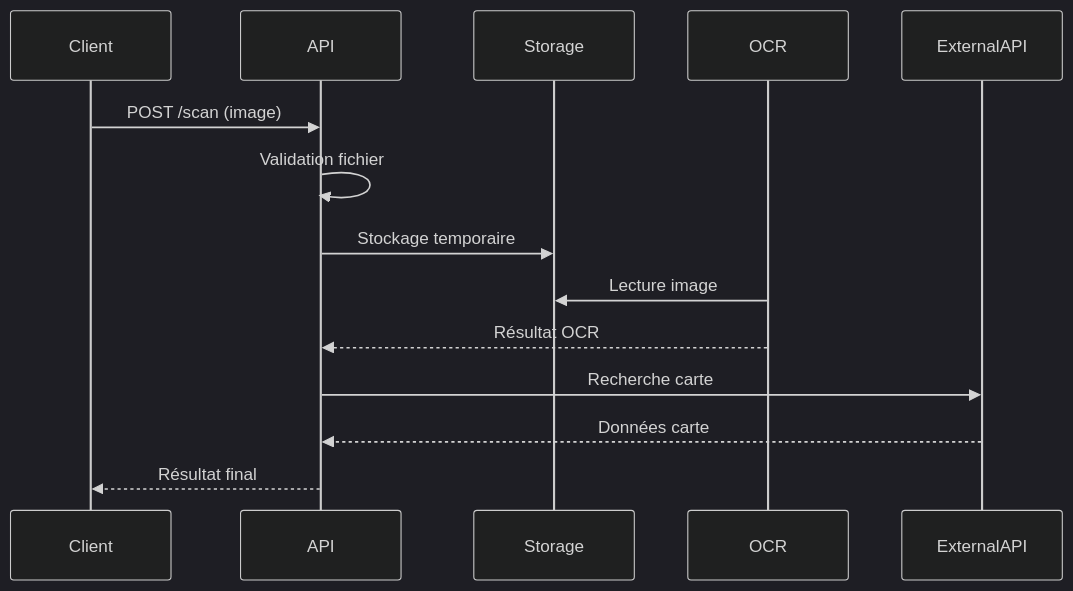
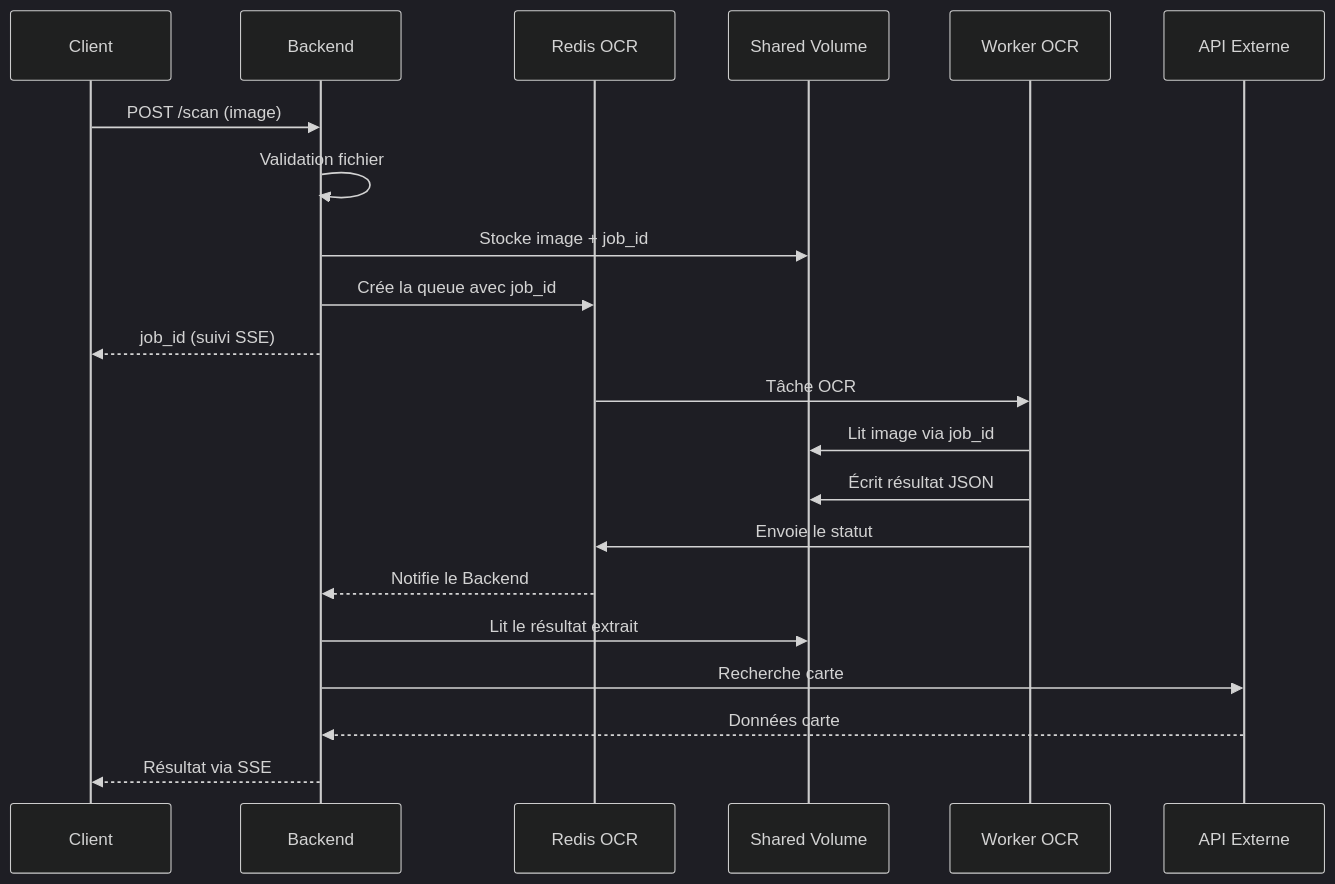
Before and after one commit to Collectionr/collectionr_epitech: the third of 4 diagrams in docs/architecture/03-flux-techniques-plateforme.md, drawn with Mermaid (dark theme). The commit also changed other lines of this file and 1 other file, not shown here.

Commit message:
:memo: Ajustement de la documentationa avec K3S

````diff
--- a/docs/architecture/03-flux-techniques-plateforme.md
+++ b/docs/architecture/03-flux-techniques-plateforme.md
@@ -133,17 +139,24 @@
 ```mermaid
 sequenceDiagram
     participant Client
-    participant API
-    participant Storage
-    participant OCR
-    participant ExternalAPI
+    participant Backend
+    participant Redis OCR
+    participant Shared Volume
+    participant Worker OCR
+    participant API Externe
 
-    Client->>API: POST /scan (image)
-    API->>API: Validation fichier
-    API->>Storage: Stockage temporaire
-    OCR->>Storage: Lecture image
-    OCR-->>API: Résultat OCR
-    API->>ExternalAPI: Recherche carte
-    ExternalAPI-->>API: Données carte
-    API-->>Client: Résultat final
+    Client->>Backend: POST /scan (image)
+    Backend->>Backend: Validation fichier
+    Backend->>Shared Volume: Stocke image + job_id
+    Backend->>Redis OCR: Crée la queue avec job_id
+    Backend-->>Client: job_id (suivi SSE)
+    Redis OCR->>Worker OCR: Tâche OCR
+    Worker OCR->>Shared Volume: Lit image via job_id
+    Worker OCR->>Shared Volume: Écrit résultat JSON
+    Worker OCR->>Redis OCR: Envoie le statut
+    Redis OCR-->>Backend: Notifie le Backend
+    Backend->>Shared Volume: Lit le résultat extrait
+    Backend->>API Externe: Recherche carte
+    API Externe-->>Backend: Données carte
+    Backend-->>Client: Résultat via SSE
 ```
````
